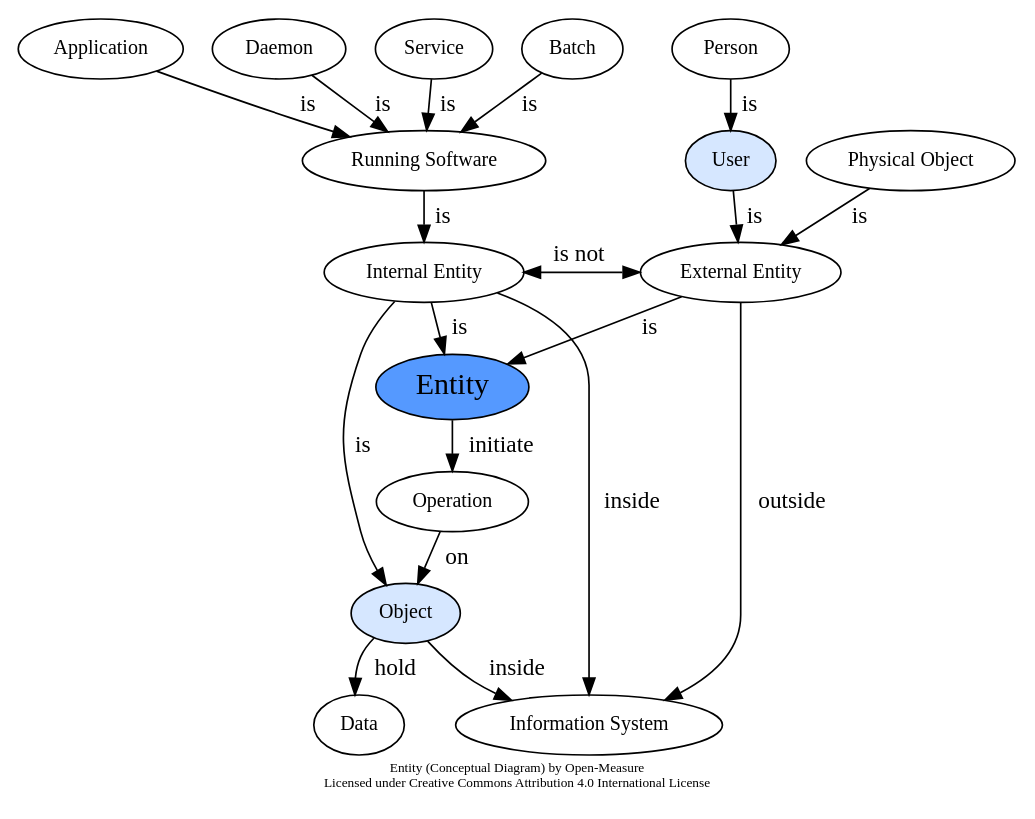
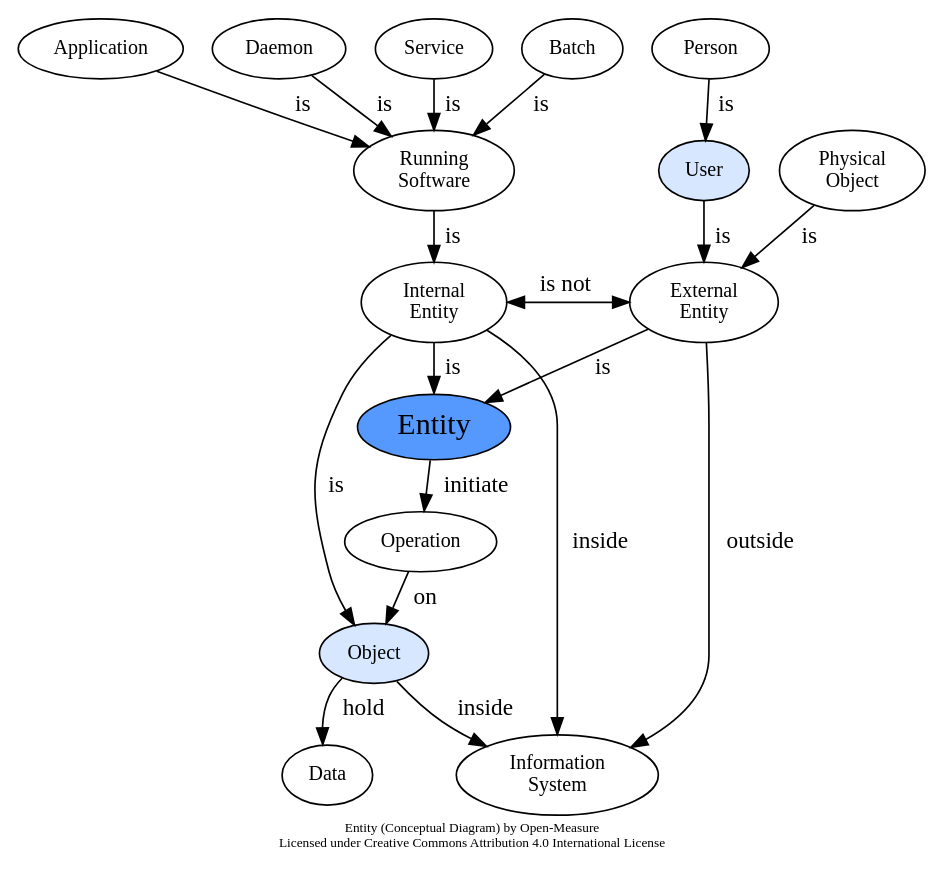
One commit to Open-Measure/Graphviz-Models changed the diagram in Dictionary/entity.gv. Above: the diagram before and after it, drawn with Graphviz.

```diff
--- a/Dictionary/entity.gv
+++ b/Dictionary/entity.gv
@@ -1,58 +1,58 @@
 digraph G {
 	rankdir="TB";
 	ranksep="0";
 	splines="curve";
 	newrank=true;
 	packmode="clust";
 	compound=true;
 	fontname="Calibri";
 	label="Entity (Conceptual Diagram) by Open-Measure\nLicensed under Creative Commons Attribution 4.0 International License";
 	fontsize=8;
 	node[shape="ellipse", fontsize=12, fillcolor="#d6e7ff", style="filled", fontname="Calibri"];
 	edge[fontname="Calibri", minlen="1"];
 
 	n_daemon [fillcolor="white", label="Daemon"];
 	n_service [fillcolor="white", label="Service"];
 	n_batch [fillcolor="white", label="Batch"];
 	n_application [fillcolor="white", label="Application"];
 	n_person [fillcolor="white", label="Person"];
 
-	n_running_software [fillcolor="white", label="Running Software"];
-	n_physical_object [fillcolor="white", label="Physical Object"];
+	n_running_software [fillcolor="white", label="Running\nSoftware"];
+	n_physical_object [fillcolor="white", label="Physical\nObject"];
 	n_user [label="User", URL="/wiki/spaces/DIC/pages/82839586/User+Dictionary+Entry"];
 
-	n_external_entity [fillcolor="white", label="External Entity"];
-	n_internal_entity [fillcolor="white", label="Internal Entity"];
+	n_external_entity [fillcolor="white", label="External\nEntity"];
+	n_internal_entity [fillcolor="white", label="Internal\nEntity"];
 
  	n_entity [label="Entity", fontsize=18, fillcolor="#5599ff", URL="https://open-measure.atlassian.net/wiki/spaces/DIC/pages/123830932"];
 
 	n_operation [fillcolor="white", label="Operation"];
 
 	n_informational_object [label="Object", URL="https://open-measure.atlassian.net/wiki/spaces/DIC/pages/67568133/Object+Dictionary+Entry"];
 	n_data [fillcolor="white", label="Data"];
 
-	n_information_system [fillcolor="white", label="Information System"];
+	n_information_system [fillcolor="white", label="Information\nSystem"];
 
 	n_daemon -> n_running_software [weight=10, label="  is  "];
 	n_service -> n_running_software [weight=10, label="  is  "];
 	n_batch -> n_running_software [weight=10, label="  is  "];
 	n_application -> n_running_software [weight=10, label="  is  "];
 	n_internal_entity -> n_informational_object [weight=10, label="  is  "];
 	n_person -> n_user [weight=10, label="  is", dir="back  "];
 	n_user -> n_external_entity [weight=10, label="  is  "];
 	n_running_software -> n_internal_entity [weight=10, label="  is  "];
 	n_physical_object -> n_external_entity [weight=10, label="  is  "];
 	n_internal_entity -> n_external_entity [weight=10, label="  is not  ", dir="both"];
 	n_internal_entity -> n_entity [weight=10, label="  is  "];
 	n_external_entity -> n_entity [weight=10, label="  is  "];
 	n_entity -> n_operation [weight=10, label="  initiate  "];
 	n_operation -> n_informational_object [weight=10, label="  on  "];
 	n_external_entity -> n_information_system [weight=10, label="  outside  "];
 	n_internal_entity -> n_information_system [weight=10, label="  inside  "];
 	n_informational_object -> n_data [weight=10, label="  hold  "];
 	n_informational_object -> n_information_system [weight=10, label="  inside  "];
 
 	{rank=same; n_internal_entity; n_external_entity;}
 	{rank=same; n_running_software; n_user; n_physical_object;}
 
 }
```
